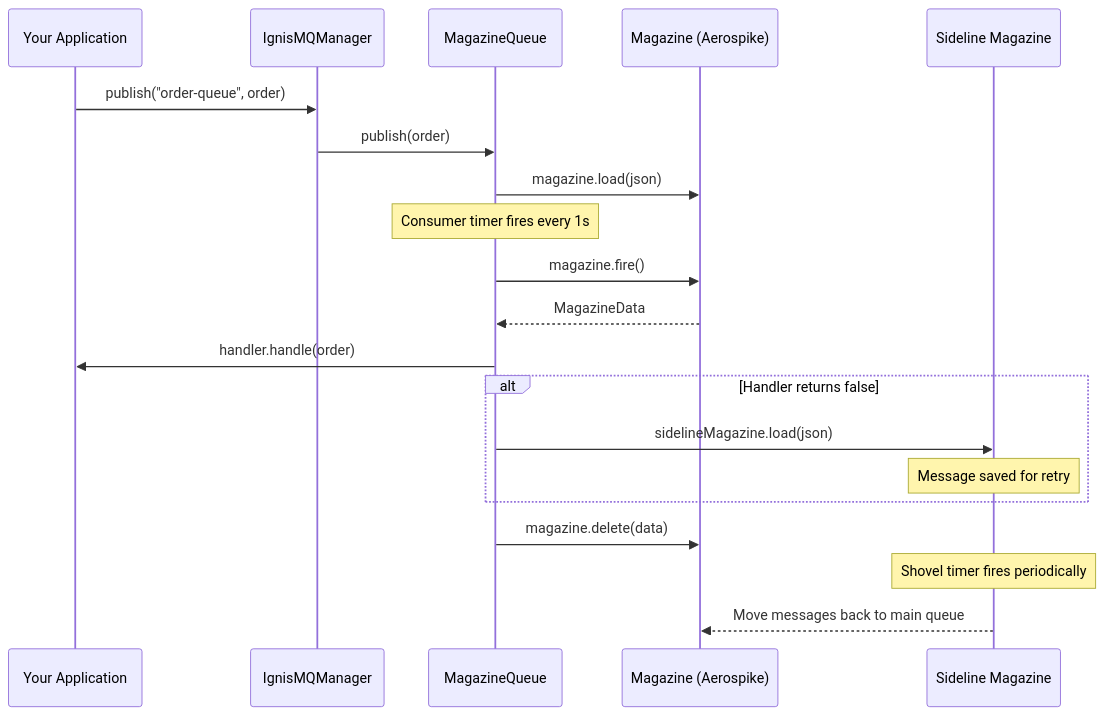
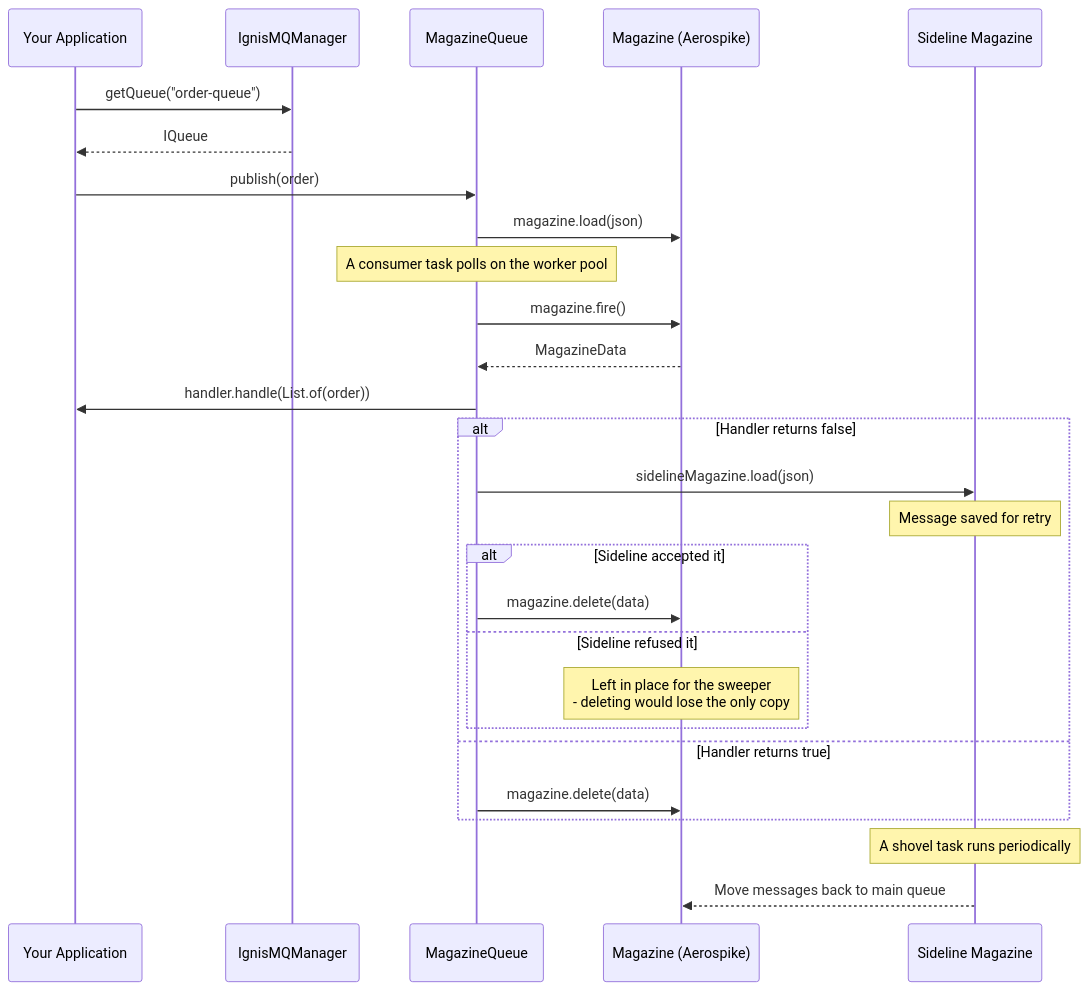
Before and after one commit to PhonePe/IgnisMQ: the first of 3 diagrams in docs/docs/index.md, drawn with Mermaid. The commit also changed other lines of this file and 39 other files, not shown here.

````diff
--- a/docs/docs/index.md
+++ b/docs/docs/index.md
@@ -45,28 +45,34 @@
 ```mermaid
 sequenceDiagram
     participant App as Your Application
     participant MQ as IgnisMQManager
     participant Q as MagazineQueue
     participant M as Magazine (Aerospike)
     participant S as Sideline Magazine
     
-    App->>MQ: publish("order-queue", order)
-    MQ->>Q: publish(order)
+    App->>MQ: getQueue("order-queue")
+    MQ-->>App: IQueue
+    App->>Q: publish(order)
     Q->>M: magazine.load(json)
     
-    Note over Q: Consumer timer fires every 1s
+    Note over Q: A consumer task polls on the worker pool
     
     Q->>M: magazine.fire()
     M-->>Q: MagazineData
-    Q->>App: handler.handle(order)
+    Q->>App: handler.handle(List.of(order))
     
     alt Handler returns false
         Q->>S: sidelineMagazine.load(json)
         Note over S: Message saved for retry
+        alt Sideline accepted it
+            Q->>M: magazine.delete(data)
+        else Sideline refused it
+            Note over M: Left in place for the sweeper<br/>- deleting would lose the only copy
+        end
+    else Handler returns true
+        Q->>M: magazine.delete(data)
     end
     
-    Q->>M: magazine.delete(data)
-    
-    Note over S: Shovel timer fires periodically
+    Note over S: A shovel task runs periodically
     S-->>M: Move messages back to main queue
 ```
````
